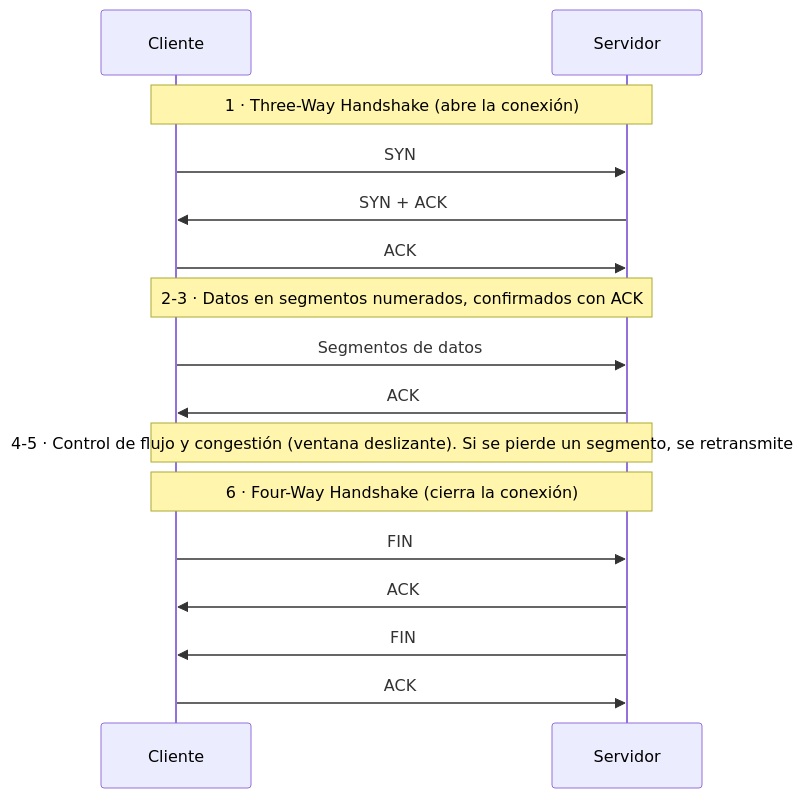
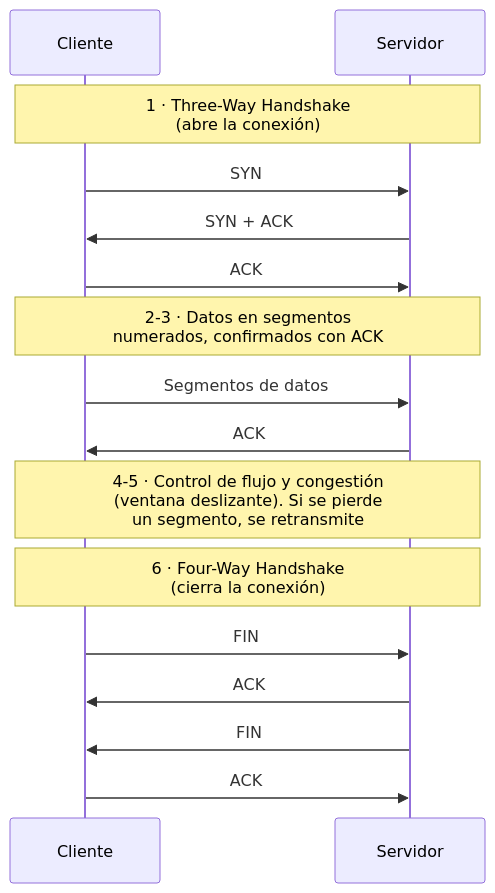
Before and after one commit to totogr/Tomas-Goncalves-Rei: the second of 2 diagrams in Materias/Redes/Guías de estudio/11 - Datagrama IP, TCP y UDP.md, drawn with Mermaid. The commit also changed 34 other files, not shown here.

Commit message:
Arreglar graficos de las guias (CdD, GDSI y Redes): texto cortado, superpuesto o fuera del SVG, colores de texto que no se aplicaban, y diagramas mermaid con 'Unsupported markdown' o notas desbordadas

````diff
--- a/Materias/Redes/Guías de estudio/11 - Datagrama IP, TCP y UDP.md
+++ b/Materias/Redes/Guías de estudio/11 - Datagrama IP, TCP y UDP.md
@@ -92,18 +92,19 @@
 ```mermaid
+%%{init: {"sequence": {"actorMargin": 140}}}%%
 sequenceDiagram
     participant C as Cliente
     participant S as Servidor
-    Note over C,S: 1 · Three-Way Handshake (abre la conexión)
+    Note over C,S: 1 · Three-Way Handshake<br/>(abre la conexión)
     C->>S: SYN
     S->>C: SYN + ACK
     C->>S: ACK
-    Note over C,S: 2-3 · Datos en segmentos numerados, confirmados con ACK
+    Note over C,S: 2-3 · Datos en segmentos<br/>numerados, confirmados con ACK
     C->>S: Segmentos de datos
     S->>C: ACK
-    Note over C,S: 4-5 · Control de flujo y congestión (ventana deslizante). Si se pierde un segmento, se retransmite
-    Note over C,S: 6 · Four-Way Handshake (cierra la conexión)
+    Note over C,S: 4-5 · Control de flujo y congestión<br/>(ventana deslizante). Si se pierde<br/>un segmento, se retransmite
+    Note over C,S: 6 · Four-Way Handshake<br/>(cierra la conexión)
     C->>S: FIN
     S->>C: ACK
     S->>C: FIN
     C->>S: ACK
 ```
````
